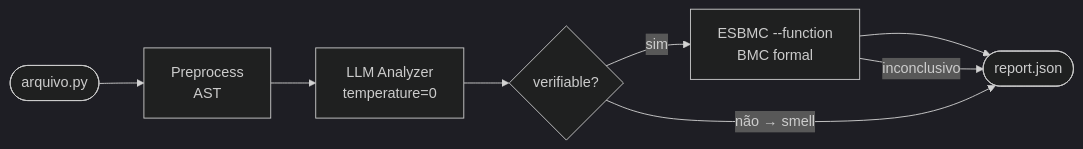
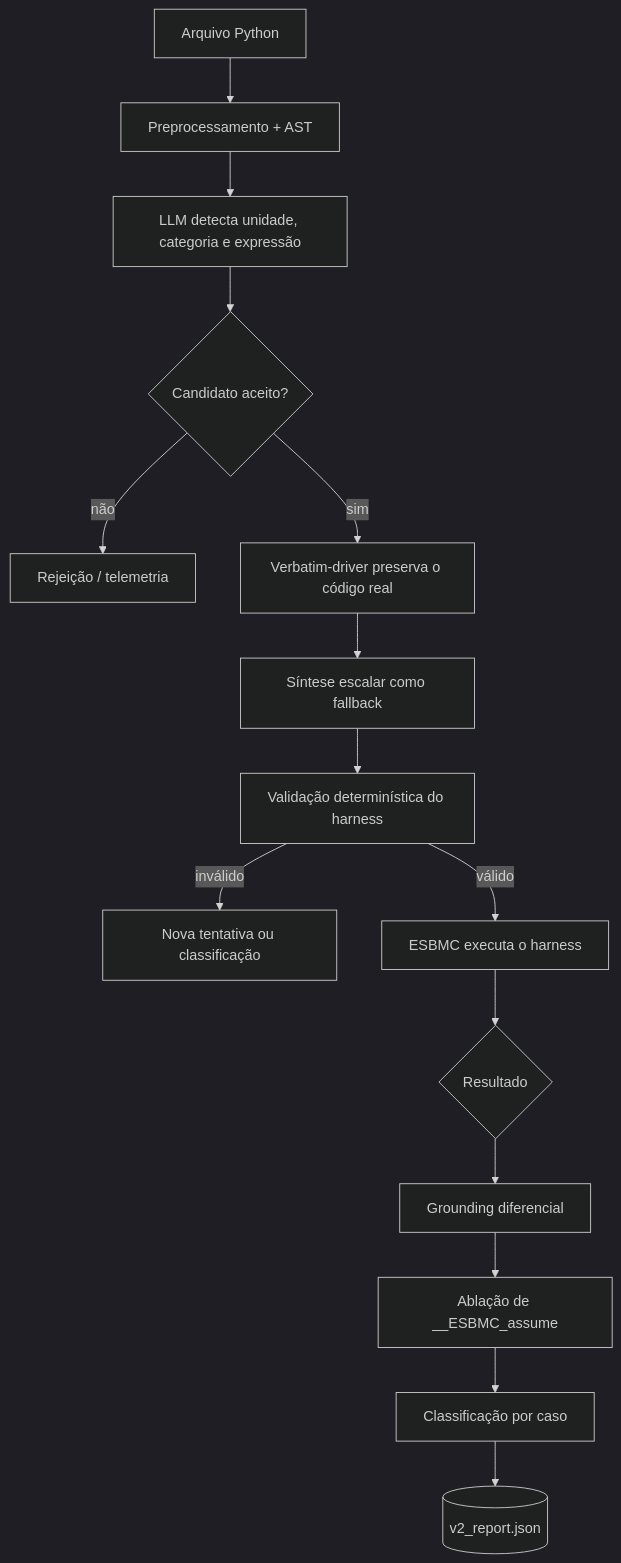
One commit to feralice/llm-esbmc-pipeline changed the diagram in README.md. Above: the diagram before and after it, drawn with Mermaid (dark theme). The commit also changed other lines of this file and 33 other files, not shown here.

````diff
--- a/README.md
+++ b/README.md
@@ -12,10 +17,17 @@
 ```mermaid
-flowchart LR
-    A([arquivo.py]) --> B[Preprocess\nAST]
-    B --> C[LLM Analyzer\ntemperature=0]
-    C --> D{verifiable?}
-    D -- sim --> E[ESBMC --function\nBMC formal]
-    E --> H([report.json])
-    D -- não → smell --> H
-    E -- inconclusivo --> H
+flowchart TD
+    A[Arquivo Python] --> B[Preprocessamento + AST]
+    B --> C[LLM detecta unidade, categoria e expressão]
+    C --> D{Candidato aceito?}
+    D -- não --> R[Rejeição / telemetria]
+    D -- sim --> E[Verbatim-driver preserva o código real]
+    E --> F[Síntese escalar como fallback]
+    F --> G[Validação determinística do harness]
+    G -- inválido --> H[Nova tentativa ou classificação]
+    G -- válido --> I[ESBMC executa o harness]
+    I --> J{Resultado}
+    J --> K[Grounding diferencial]
+    K --> L[Ablação de __ESBMC_assume]
+    L --> M[Classificação por caso]
+    M --> N[(v2_report.json)]
 ```
````
